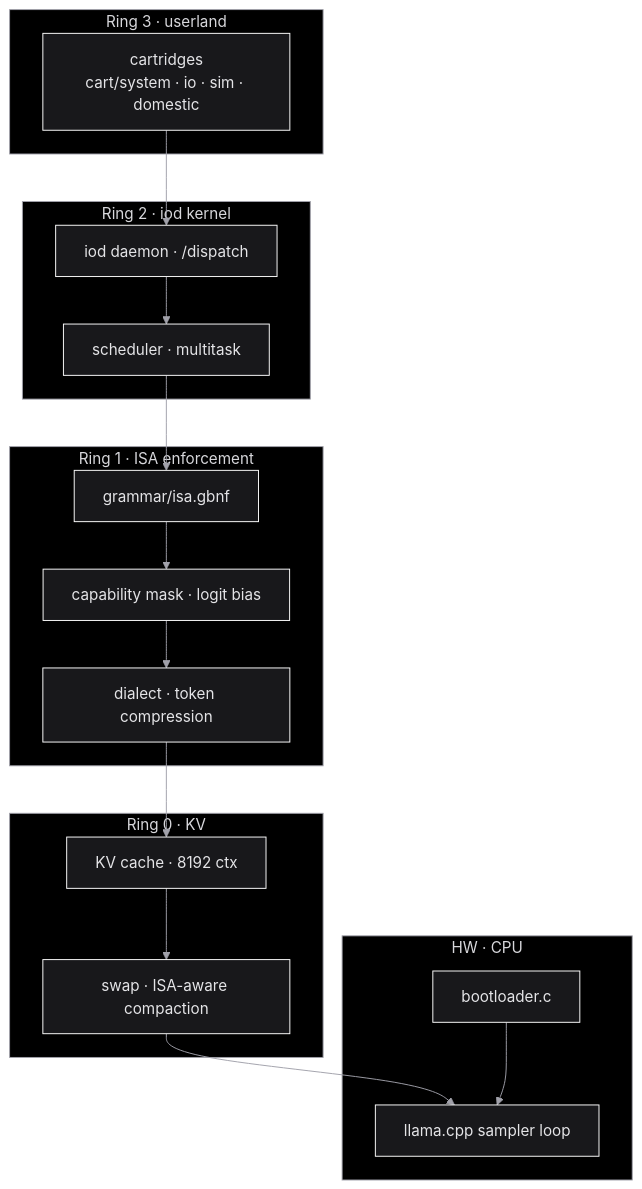
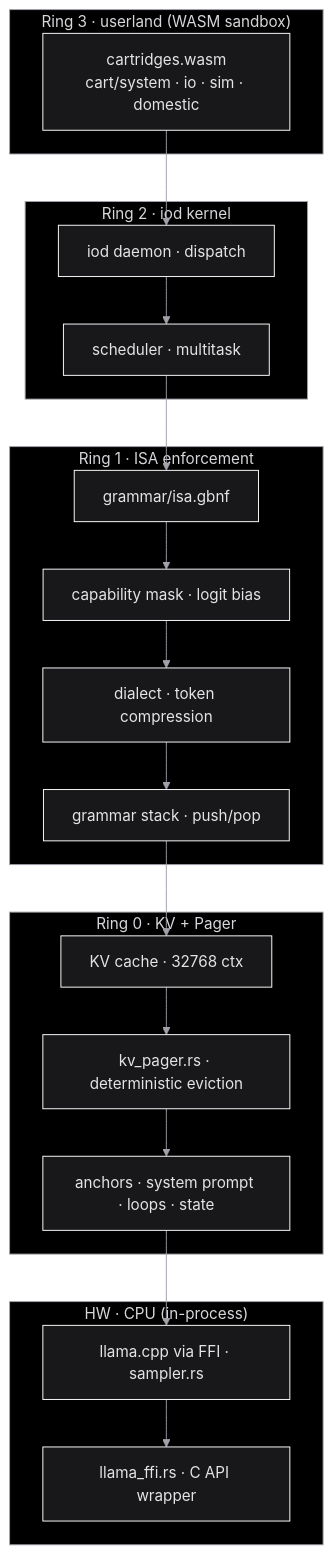
Before and after one commit to EvolvingAgentsLabs/llm_os: the second of 7 diagrams in docs/ARCHITECTURE.md, drawn with Mermaid. The commit also changed other lines of this file and 12 other files, not shown here.

First line of the commit message:
feat: implement v1.0 runtime — FFI inference, KV pager, WASM sandbox, single-token ISA

````diff
--- a/docs/ARCHITECTURE.md
+++ b/docs/ARCHITECTURE.md
@@ -55,34 +58,38 @@
 ```mermaid
 %%{init: {'theme':'base', 'themeVariables': {'primaryColor':'#18181b','primaryTextColor':'#e4e4e7','primaryBorderColor':'#ffffff','lineColor':'#a1a1aa','secondaryColor':'#27272a','background':'#000','mainBkg':'#18181b','clusterBkg':'#000','clusterBorder':'#a1a1aa','edgeLabelBackground':'#000','fontFamily':'ui-monospace, monospace'}}}%%
 flowchart TB
-    subgraph R3["Ring 3 · userland"]
-        Cart[cartridges<br/>cart/system · io · sim · domestic]
+    subgraph R3["Ring 3 · userland (WASM sandbox)"]
+        Cart[cartridges.wasm<br/>cart/system · io · sim · domestic]
     end
     subgraph R2["Ring 2 · iod kernel"]
-        Iod[iod daemon · /dispatch]
+        Iod[iod daemon · dispatch]
         Sched[scheduler · multitask]
     end
     subgraph R1["Ring 1 · ISA enforcement"]
         Gram[grammar/isa.gbnf]
         Cap[capability mask · logit bias]
         Dial[dialect · token compression]
+        GramStack[grammar stack · push/pop]
     end
-    subgraph R0["Ring 0 · KV"]
-        KV[KV cache · 8192 ctx]
-        Swap[swap · ISA-aware compaction]
+    subgraph R0["Ring 0 · KV + Pager"]
+        KV[KV cache · 32768 ctx]
+        Pager[kv_pager.rs · deterministic eviction]
+        Anchors[anchors · system prompt · loops · state]
     end
-    subgraph HW["HW · CPU"]
-        Llama[llama.cpp sampler loop]
-        Boot[bootloader.c]
+    subgraph HW["HW · CPU (in-process)"]
+        Llama[llama.cpp via FFI · sampler.rs]
+        FFI[llama_ffi.rs · C API wrapper]
     end
 
     Cart --> Iod
     Iod --> Sched
     Sched --> Gram
     Gram --> Cap
     Cap --> Dial
-    Dial --> KV
-    KV --> Swap
-    Swap --> Llama
-    Boot --> Llama
+    Dial --> GramStack
+    GramStack --> KV
+    KV --> Pager
+    Pager --> Anchors
+    Anchors --> Llama
+    Llama --> FFI
 ```
````
